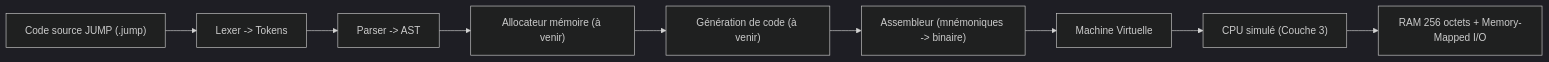
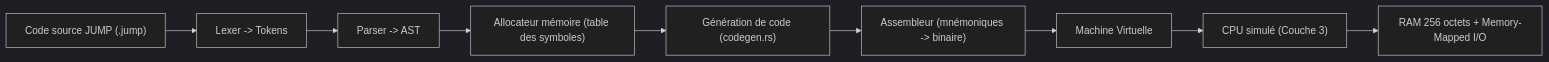
The fourth of 4 diagrams in docs/src/06-these.md (Jonas0o0/theoretical-computer), drawn with Mermaid (dark theme) before and after one commit. The commit also changed other lines of this file, not shown here.

````diff
--- a/docs/src/06-these.md
+++ b/docs/src/06-these.md
@@ -227,11 +232,11 @@
 ```mermaid
 flowchart LR
     SRC["Code source JUMP (.jump)"] --> LEX["Lexer -> Tokens"]
     LEX --> PARSE["Parser -> AST"]
-    PARSE --> ALLOC["Allocateur mémoire (à venir)"]
-    ALLOC --> CODEGEN["Génération de code (à venir)"]
+    PARSE --> ALLOC["Allocateur mémoire (table des symboles)"]
+    ALLOC --> CODEGEN["Génération de code (codegen.rs)"]
     CODEGEN --> ASM["Assembleur (mnémoniques -> binaire)"]
     ASM --> VM["Machine Virtuelle"]
     VM --> CPU["CPU simulé (Couche 3)"]
     CPU --> RAM["RAM 256 octets + Memory-Mapped I/O"]
 ```
````
